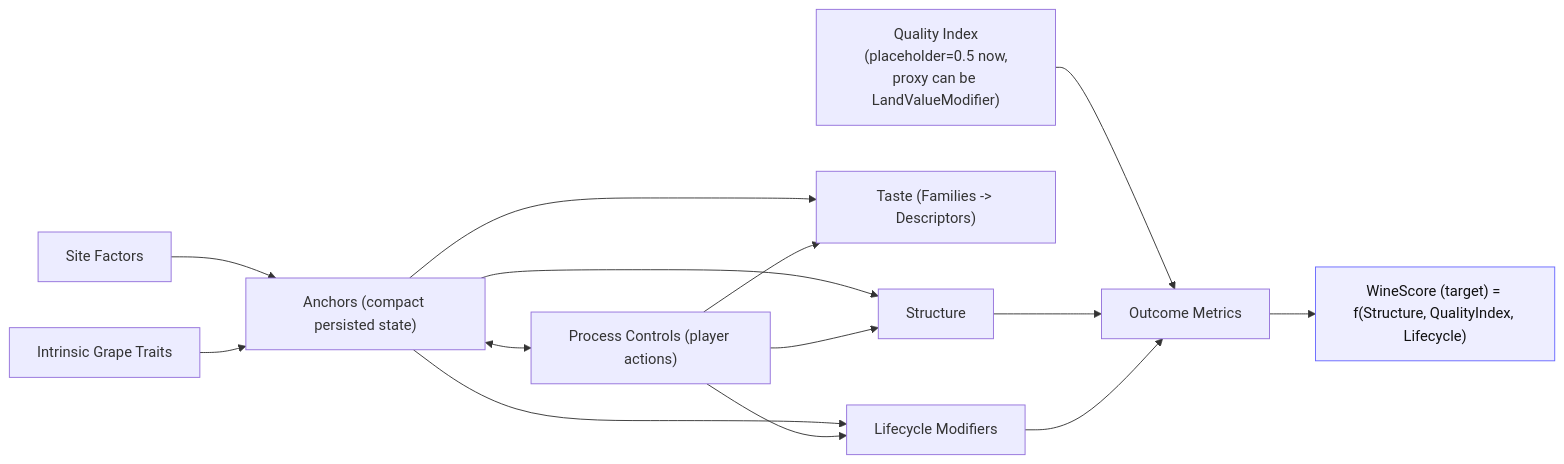
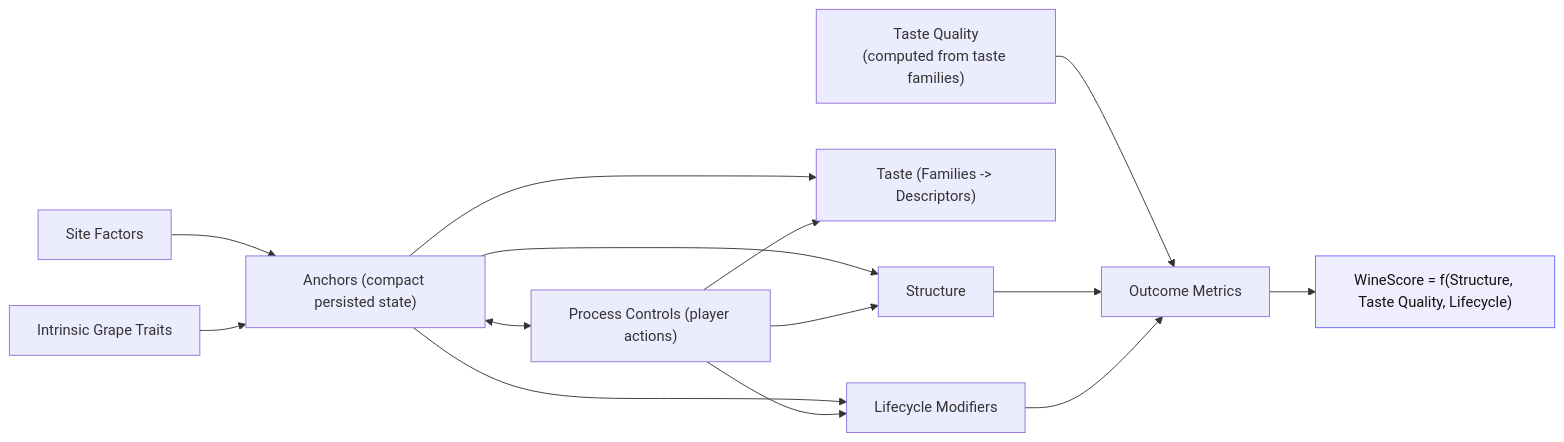
One commit to gram12321/winemaker04 changed the diagram in docs/WineSystem_VariableRelationshipMap.md. Above: the diagram before and after it, drawn with Mermaid. The commit also changed other lines of this file and 48 other files, not shown here.

````diff
--- a/docs/WineSystem_VariableRelationshipMap.md
+++ b/docs/WineSystem_VariableRelationshipMap.md
@@ -112,25 +112,25 @@
 ```mermaid
 flowchart LR
   SF["Site Factors"] --> A["Anchors (compact persisted state)"]
   IGT["Intrinsic Grape Traits"] --> A
 
   A <--> PC["Process Controls (player actions)"]
 
   A --> S["Structure"]
   PC --> S
 
   A --> T["Taste (Families -> Descriptors)"]
   PC --> T
 
   A --> LM["Lifecycle Modifiers"]
   PC --> LM
 
-  QI["Quality Index\n(placeholder=0.5 now,\nproxy can be LandValueModifier)"] --> OM["Outcome Metrics"]
+  QI["Taste Quality\n(computed from taste families)"] --> OM["Outcome Metrics"]
   S --> OM
   LM --> OM
 
-  OMW["WineScore (target) = f(Structure, QualityIndex, Lifecycle)"]:::emph
+  OMW["WineScore = f(Structure, Taste Quality, Lifecycle)"]:::emph
   OM --> OMW
 
   classDef emph fill:#eef,stroke:#66f,color:#111;
 ```
````
